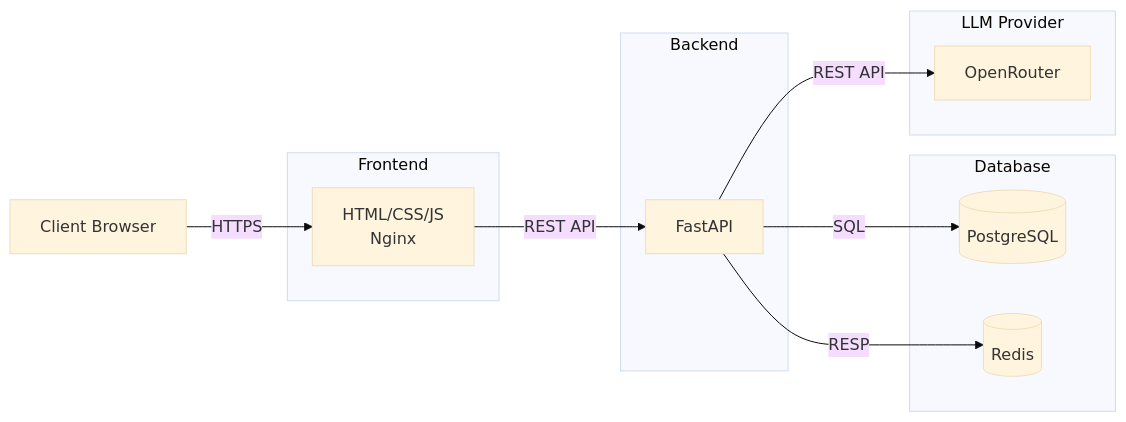
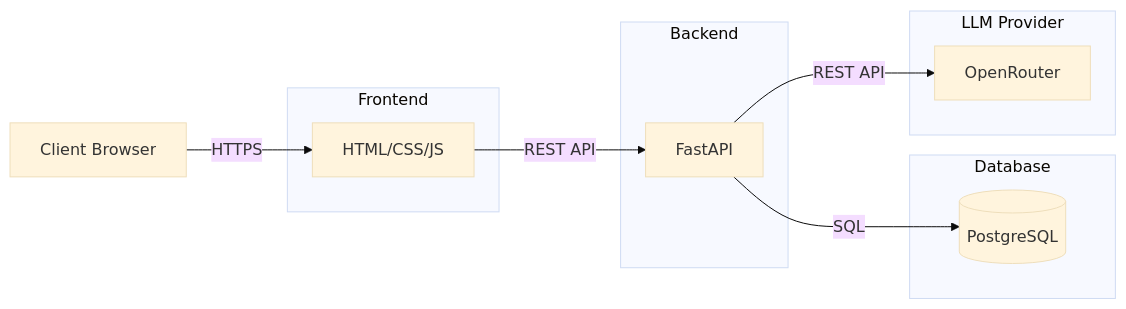
The diagram in docs/architecture.md (mksmvnv/sayfood), drawn with Mermaid (base theme) before and after one commit. The commit also changed other lines of this file, not shown here.

````diff
--- a/docs/architecture.md
+++ b/docs/architecture.md
@@ -12,27 +12,25 @@
 ```mermaid
 flowchart LR
     U[Client Browser]
 
     subgraph Frontend
-        FE[HTML/CSS/JS<br>Nginx]
+        FE[HTML/CSS/JS]
     end
 
     subgraph Backend
         BE[FastAPI]
     end
 
     subgraph Database
         PG[(PostgreSQL)]
-        RE[(Redis)]
     end
 
     subgraph LLM[LLM Provider]
         OR[OpenRouter]
     end
 
     U -->|HTTPS| FE
     FE -->|REST API| BE
     BE -->|REST API| OR
     BE -->|SQL| PG
-    BE -->|RESP| RE
 ```
````
